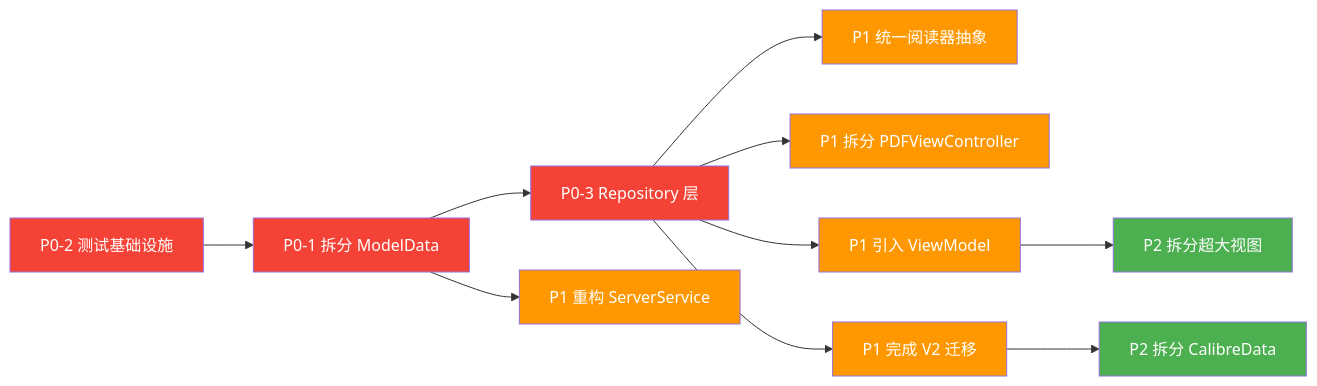
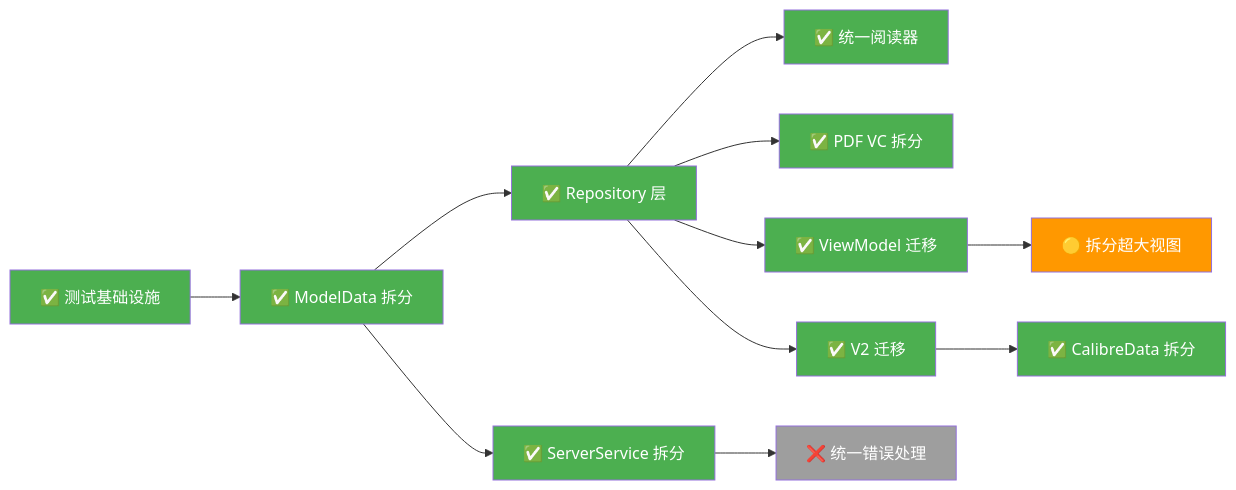
One commit to drearycold/YetAnotherEBookReader changed the third of 3 diagrams in .agents/plans/REFACTOR_PLAN.claude.md. Above: the diagram before and after it, drawn with Mermaid. The commit also changed other lines of this file and 6 other files, not shown here.

````diff
--- a/.agents/plans/REFACTOR_PLAN.claude.md
+++ b/.agents/plans/REFACTOR_PLAN.claude.md
@@ -822,23 +799,25 @@
 ```mermaid
 graph LR
-    P0_2["P0-2 测试基础设施"] --> P0_1["P0-1 拆分 ModelData"]
-    P0_1 --> P0_3["P0-3 Repository 层"]
-    P0_3 --> P1_Reader["P1 统一阅读器抽象"]
-    P0_3 --> P1_PDF["P1 拆分 PDFViewController"]
-    P0_1 --> P1_Network["P1 重构 ServerService"]
-    P0_3 --> P1_VM["P1 引入 ViewModel"]
-    P0_3 --> P1_CB["P1 完成 V2 迁移"]
-    P1_VM --> P2_View["P2 拆分超大视图"]
-    P1_CB --> P2_Data["P2 拆分 CalibreData"]
+    P0_2["✅ 测试基础设施"] --> P0_1["✅ ModelData 拆分"]
+    P0_1 --> P0_3["✅ Repository 层"]
+    P0_3 --> P1_Reader["✅ 统一阅读器"]
+    P0_3 --> P1_PDF["✅ PDF VC 拆分"]
+    P0_1 --> P1_Network["✅ ServerService 拆分"]
+    P0_3 --> P1_VM["✅ ViewModel 迁移"]
+    P0_3 --> P1_CB["✅ V2 迁移"]
+    P1_VM --> P2_View["🟡 拆分超大视图"]
+    P1_CB --> P2_Data["✅ CalibreData 拆分"]
+    P1_Network --> P2_Error["❌ 统一错误处理"]
     
-    style P0_2 fill:#F44336,color:#fff
-    style P0_1 fill:#F44336,color:#fff
-    style P0_3 fill:#F44336,color:#fff
-    style P1_Reader fill:#FF9800,color:#fff
-    style P1_PDF fill:#FF9800,color:#fff
-    style P1_Network fill:#FF9800,color:#fff
-    style P1_VM fill:#FF9800,color:#fff
-    style P1_CB fill:#FF9800,color:#fff
-    style P2_View fill:#4CAF50,color:#fff
+    style P0_2 fill:#4CAF50,color:#fff
+    style P0_1 fill:#4CAF50,color:#fff
+    style P0_3 fill:#4CAF50,color:#fff
+    style P1_Reader fill:#4CAF50,color:#fff
+    style P1_PDF fill:#4CAF50,color:#fff
+    style P1_Network fill:#4CAF50,color:#fff
+    style P1_VM fill:#4CAF50,color:#fff
+    style P1_CB fill:#4CAF50,color:#fff
+    style P2_View fill:#FF9800,color:#fff
     style P2_Data fill:#4CAF50,color:#fff
+    style P2_Error fill:#9E9E9E,color:#fff
 ```
````
